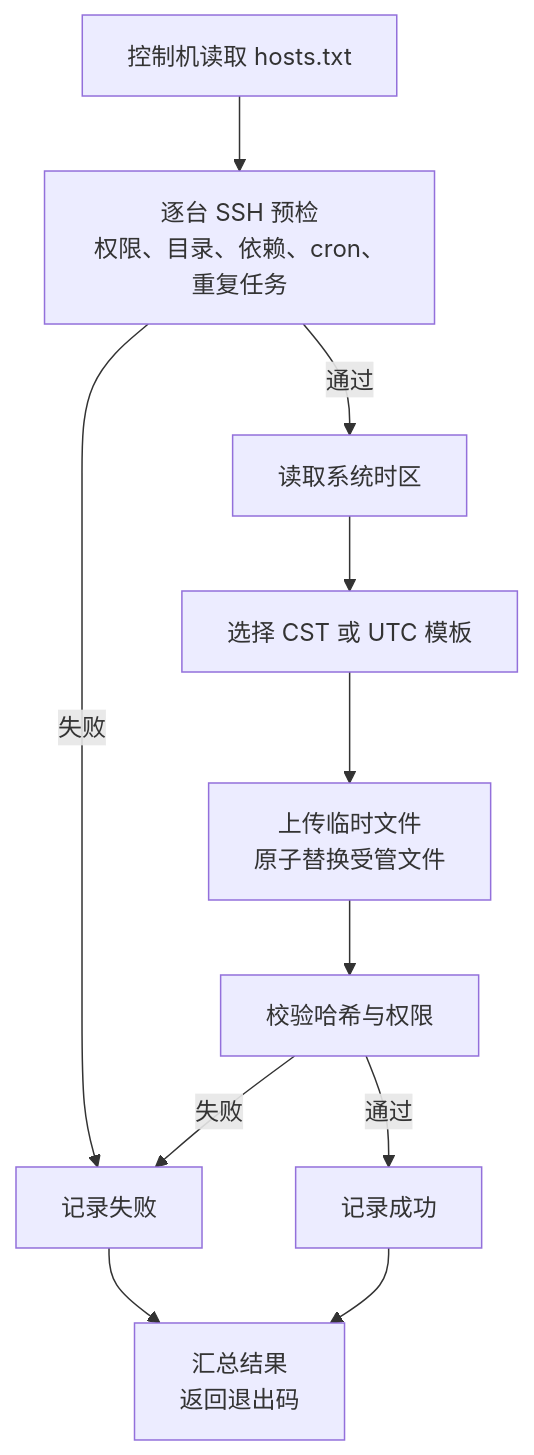
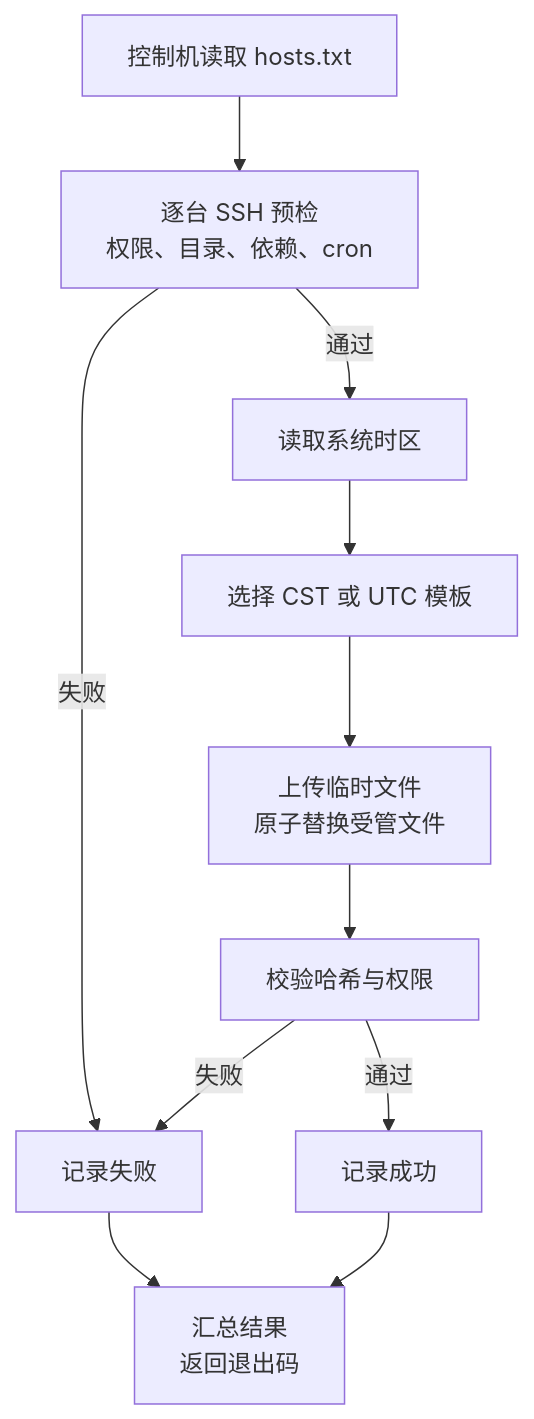
The diagram in wp/woocommerce/woo_df/sh/update-cron/方案.md (xuchaoxin1375/scripts), drawn with Mermaid before and after one commit. The commit also changed other lines of this file and 6 other files, not shown here.

````diff
--- a/wp/woocommerce/woo_df/sh/update-cron/方案.md
+++ b/wp/woocommerce/woo_df/sh/update-cron/方案.md
@@ -61,13 +61,13 @@
 ```mermaid
 flowchart TD
-    A["控制机读取 hosts.txt"] --> B["逐台 SSH 预检<br>权限、目录、依赖、cron、重复任务"]
+    A["控制机读取 hosts.txt"] --> B["逐台 SSH 预检<br>权限、目录、依赖、cron"]
     B -->|"通过"| C["读取系统时区"]
     B -->|"失败"| F["记录失败"]
     C --> D["选择 CST 或 UTC 模板"]
     D --> E["上传临时文件<br>原子替换受管文件"]
     E --> G["校验哈希与权限"]
     G -->|"通过"| H["记录成功"]
     G -->|"失败"| F
     F --> I["汇总结果<br>返回退出码"]
     H --> I
 ```
````
